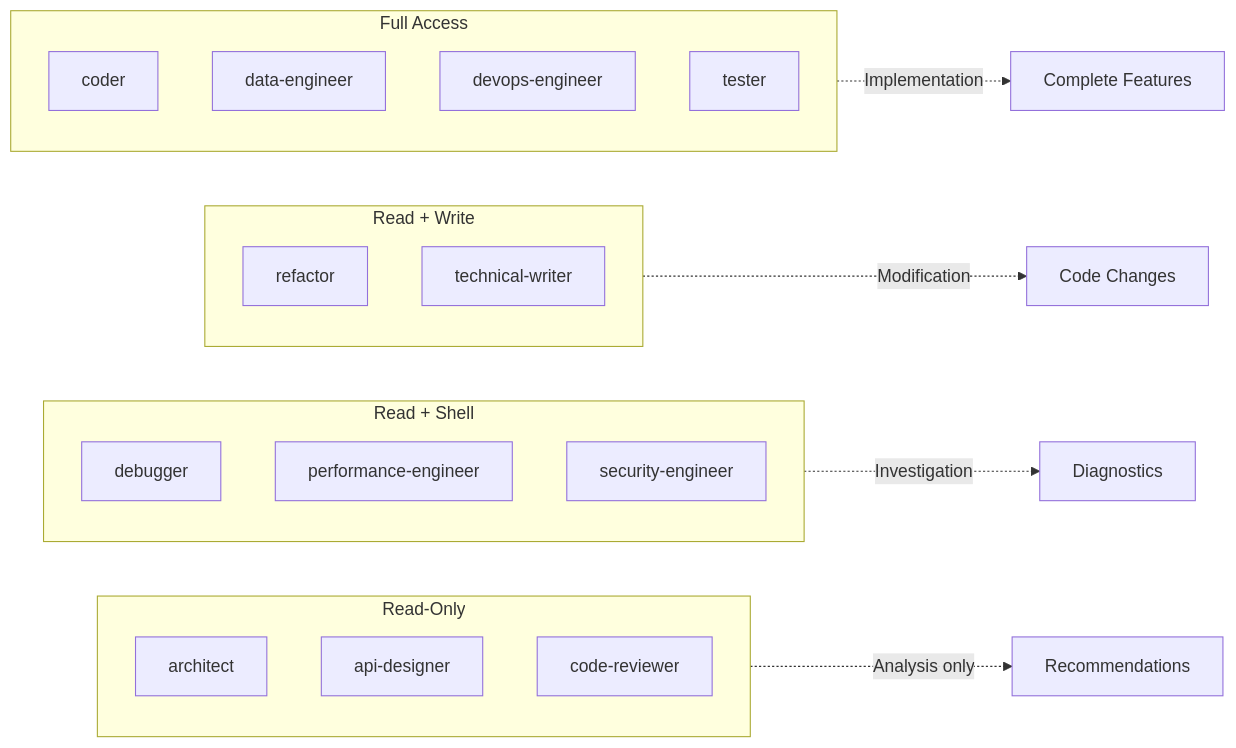
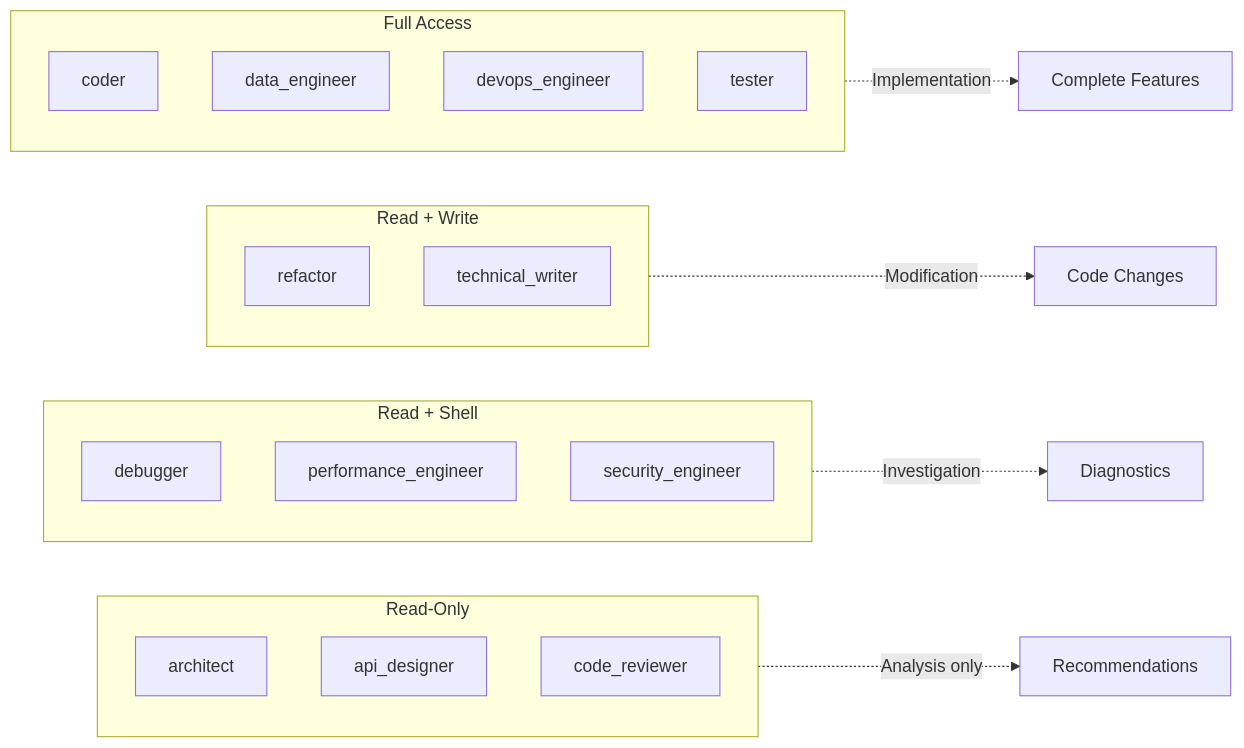
One commit to akio0406/maestro-gemini changed the fourth of 4 diagrams in USAGE.md. Above: the diagram before and after it, drawn with Mermaid. The commit also changed other lines of this file and 123 other files, not shown here.

````diff
--- a/USAGE.md
+++ b/USAGE.md
@@ -1366,31 +1372,31 @@
 ```mermaid
 flowchart LR
     subgraph ReadOnly[Read-Only]
         A1[architect]
-        A2[api-designer]
-        A3[code-reviewer]
+        A2[api_designer]
+        A3[code_reviewer]
     end
 
     subgraph ReadShell[Read + Shell]
         B1[debugger]
-        B2[performance-engineer]
-        B3[security-engineer]
+        B2[performance_engineer]
+        B3[security_engineer]
     end
 
     subgraph ReadWrite[Read + Write]
         C1[refactor]
-        C2[technical-writer]
+        C2[technical_writer]
     end
 
     subgraph Full[Full Access]
         D1[coder]
-        D2[data-engineer]
-        D3[devops-engineer]
+        D2[data_engineer]
+        D3[devops_engineer]
         D4[tester]
     end
 
     ReadOnly -.->|Analysis only| Output1[Recommendations]
     ReadShell -.->|Investigation| Output2[Diagnostics]
     ReadWrite -.->|Modification| Output3[Code Changes]
     Full -.->|Implementation| Output4[Complete Features]
 ```
````
